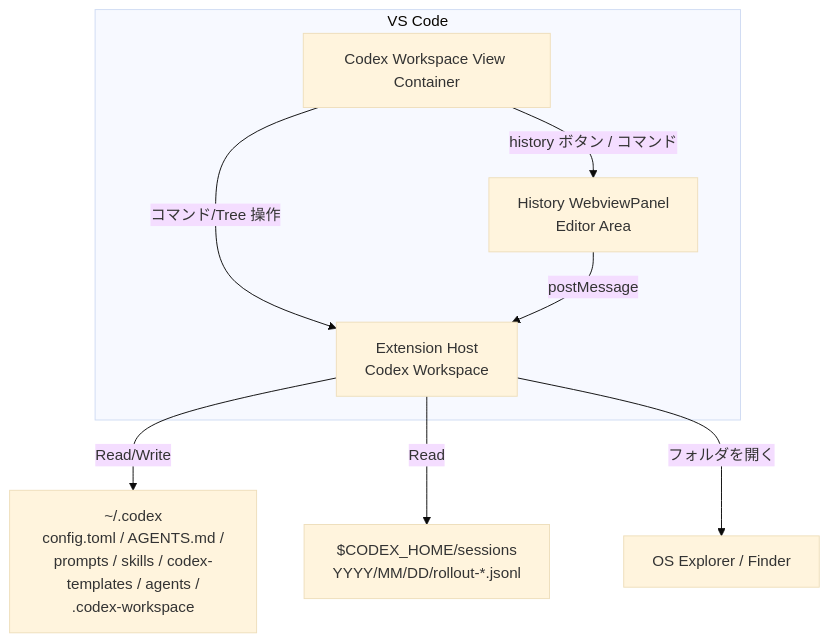
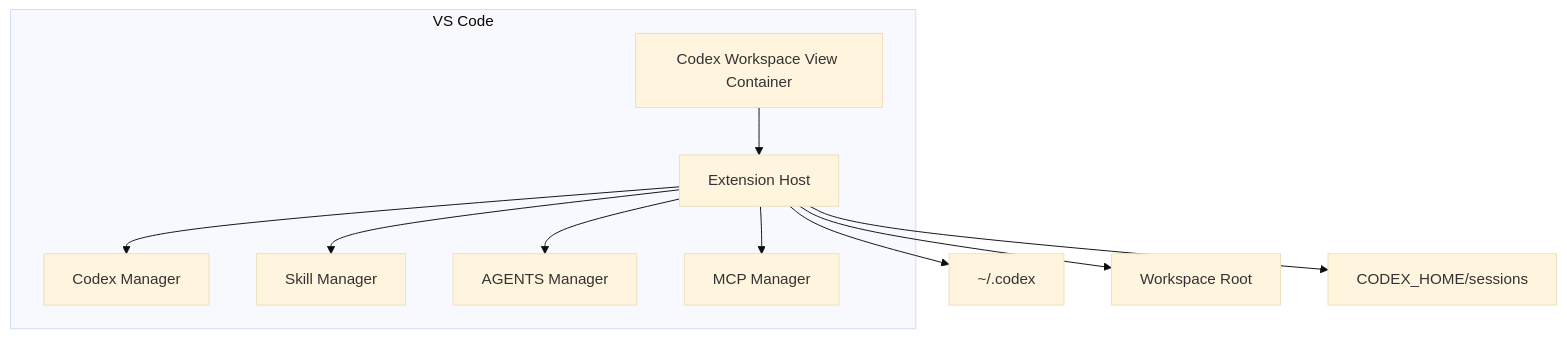
Before and after one commit to Knworks/codex-workspace: the diagram in docs/02_architect.md, drawn with Mermaid (base theme). The commit also changed other lines of this file and 2 other files, not shown here.

Commit message:
docs: sync requirements and architecture docs with implementation

````diff
--- a/docs/02_architect.md
+++ b/docs/02_architect.md
@@ -380,19 +208,24 @@
 ```mermaid
 flowchart TB
   subgraph VSCode[VS Code]
-    UI[Codex Workspace View Container]
-    Ext[Extension Host\nCodex Workspace]
-    HUI[History WebviewPanel\nEditor Area]
+    VC[Codex Workspace View Container]
+    EH[Extension Host]
+    WV1[Codex Manager]
+    WV2[Skill Manager]
+    WV3[AGENTS Manager]
+    WV4[MCP Manager]
   end
 
-  FS[~/.codex\nconfig.toml / AGENTS.md /\nprompts / skills / codex-templates / agents /\n.codex-workspace]
-  SESS[$CODEX_HOME/sessions\nYYYY/MM/DD/rollout-*.jsonl]
-  OS[OS Explorer / Finder]
+  CODEX[~/.codex]
+  PROJECT[Workspace Root]
+  SESSIONS[CODEX_HOME/sessions]
 
-  UI -->|コマンド/Tree 操作| Ext
-  UI -->|history ボタン / コマンド| HUI
-  HUI -->|postMessage| Ext
-  Ext -->|Read/Write| FS
-  Ext -->|Read| SESS
-  Ext -->|フォルダを開く| OS
+  VC --> EH
+  EH --> CODEX
+  EH --> PROJECT
+  EH --> SESSIONS
+  EH --> WV1
+  EH --> WV2
+  EH --> WV3
+  EH --> WV4
 ```
````
